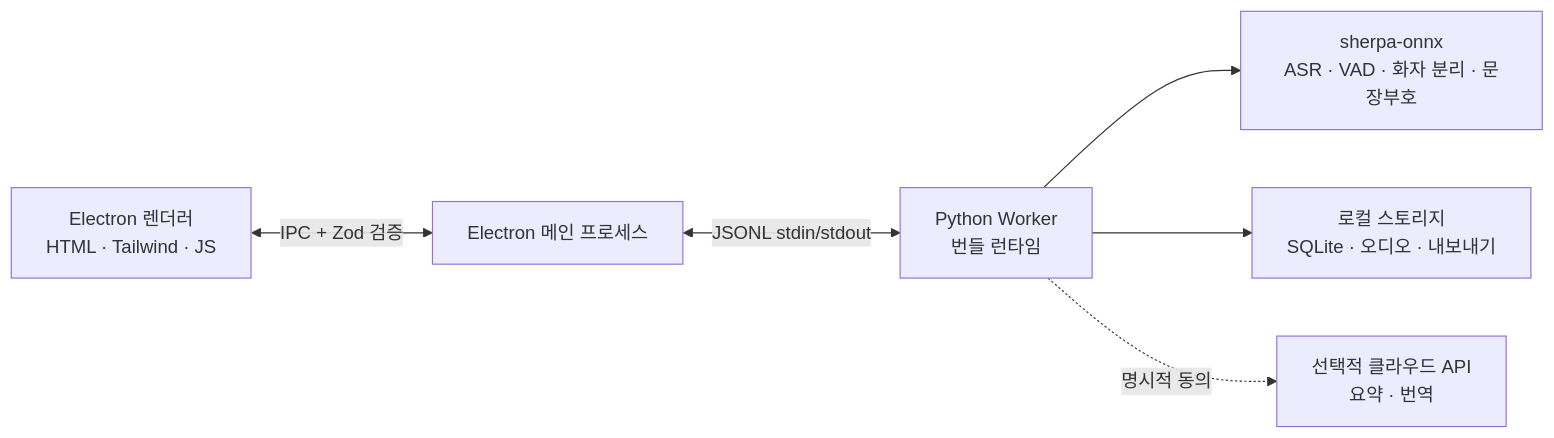
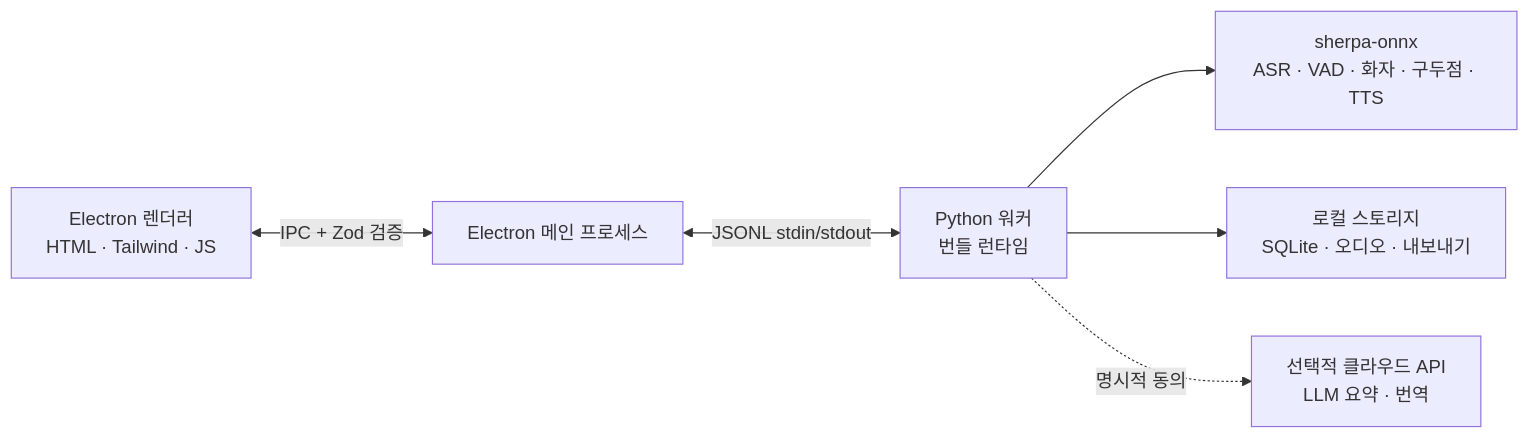
Before and after one commit to zerolovesea/Brevia: the diagram in docs/README.ko.md, drawn with Mermaid. The commit also changed other lines of this file and 44 other files, not shown here.

````diff
--- a/docs/README.ko.md
+++ b/docs/README.ko.md
@@ -55,8 +76,8 @@
 ```mermaid
 flowchart LR
   A[Electron 렌더러<br/>HTML · Tailwind · JS] <-->|IPC + Zod 검증| B[Electron 메인 프로세스]
-  B <-->|JSONL stdin/stdout| C[Python Worker<br/>번들 런타임]
-  C --> D[sherpa-onnx<br/>ASR · VAD · 화자 분리 · 문장부호]
+  B <-->|JSONL stdin/stdout| C[Python 워커<br/>번들 런타임]
+  C --> D[sherpa-onnx<br/>ASR · VAD · 화자 · 구두점 · TTS]
   C --> E[로컬 스토리지<br/>SQLite · 오디오 · 내보내기]
-  C -. 명시적 동의 .-> F[선택적 클라우드 API<br/>요약 · 번역]
+  C -. 명시적 동의 .-> F[선택적 클라우드 API<br/>LLM 요약 · 번역]
 ```
````
